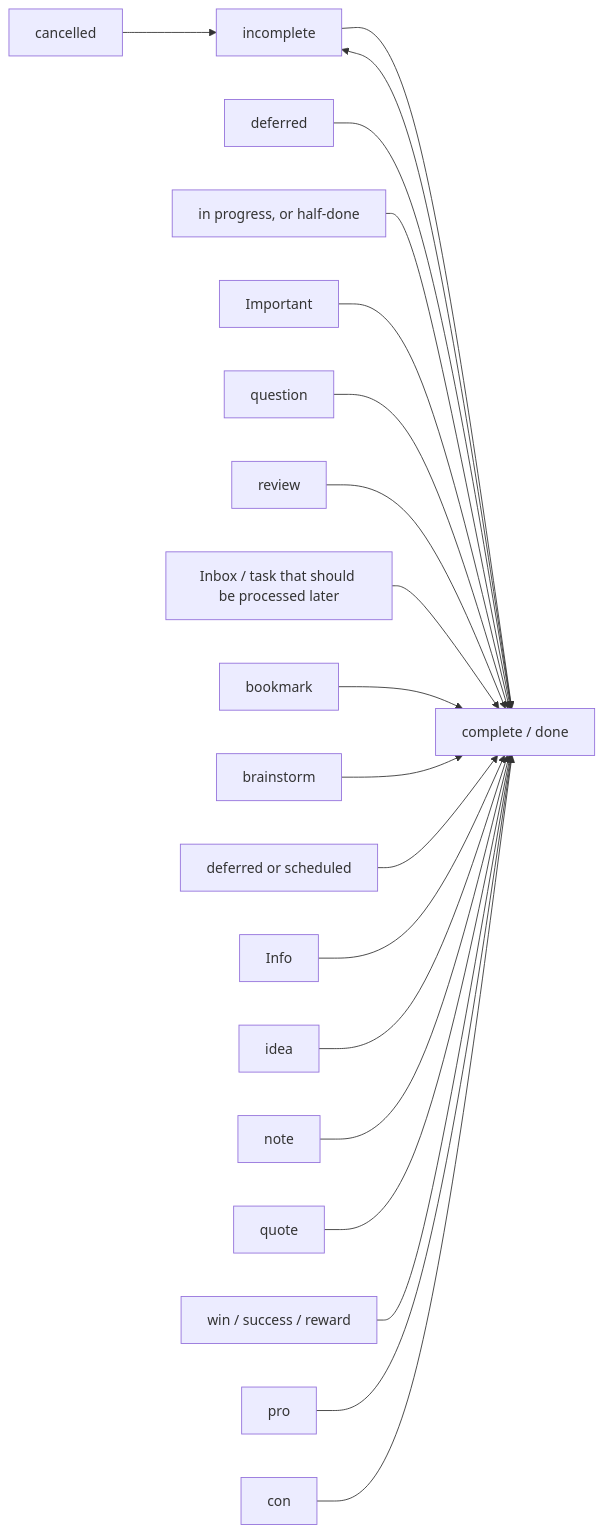
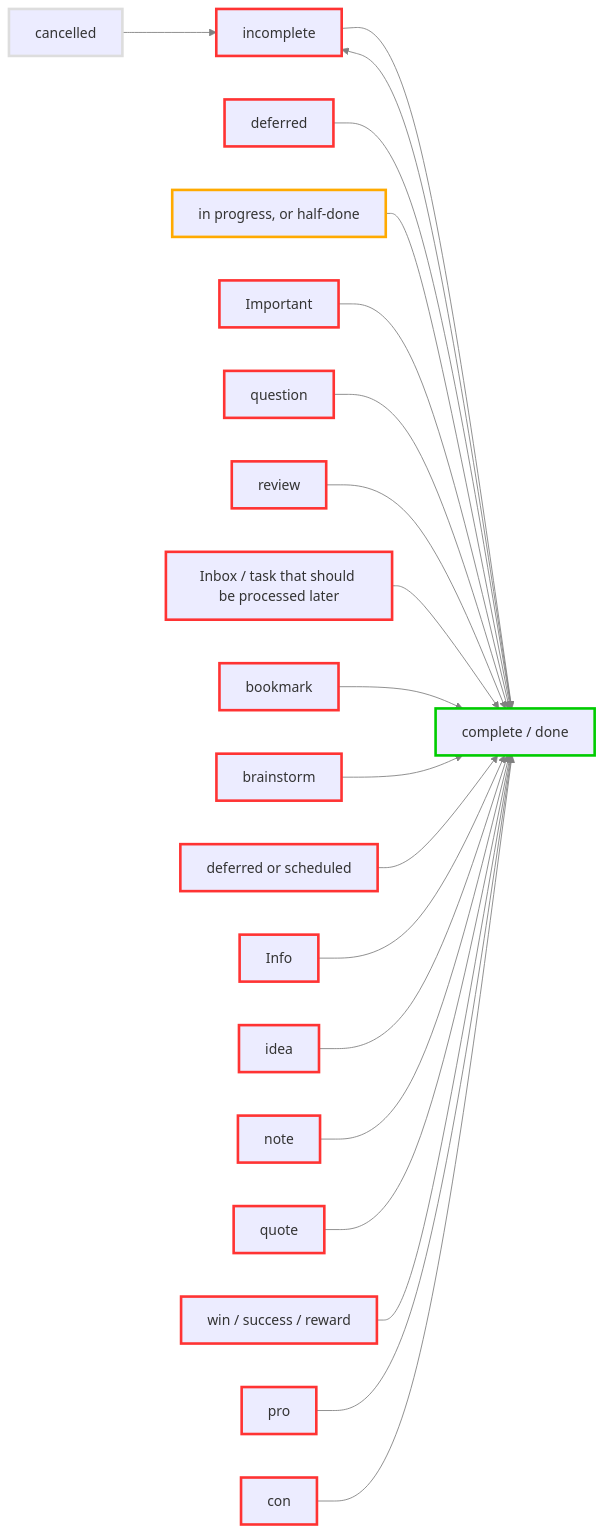
Before and after one commit to obsidian-tasks-group/obsidian-tasks: the diagram in tests/DocumentationSamples/DocsSamplesForStatuses.test.Theme_Aura_Table.approved.mermaid.md, drawn with Mermaid. The commit also changed 19 other files, not shown here.

Commit message:
feat: Show Status Type as coloured edges in Status Diagrams

````diff
--- a/tests/DocumentationSamples/DocsSamplesForStatuses.test.Theme_Aura_Table.approved.mermaid.md
+++ b/tests/DocumentationSamples/DocsSamplesForStatuses.test.Theme_Aura_Table.approved.mermaid.md
@@ -2,41 +2,50 @@
 ```mermaid
 flowchart LR
-1["incomplete"]
-2["complete / done"]
-3["cancelled"]
-4["deferred"]
-5["in progress, or half-done"]
-6["Important"]
-7["question"]
-8["review"]
-9["Inbox / task that should be processed later"]
-10["bookmark"]
-11["brainstorm"]
-12["deferred or scheduled"]
-13["Info"]
-14["idea"]
-15["note"]
-16["quote"]
-17["win / success / reward"]
-18["pro"]
-19["con"]
+
+classDef TODO        stroke:#f33,stroke-width:3px;
+classDef DONE        stroke:#0c0,stroke-width:3px;
+classDef IN_PROGRESS stroke:#fa0,stroke-width:3px;
+classDef CANCELLED   stroke:#ddd,stroke-width:3px;
+classDef NON_TASK    stroke:#99e,stroke-width:3px;
+
+1["incomplete"]:::TODO
+2["complete / done"]:::DONE
+3["cancelled"]:::CANCELLED
+4["deferred"]:::TODO
+5["in progress, or half-done"]:::IN_PROGRESS
+6["Important"]:::TODO
+7["question"]:::TODO
+8["review"]:::TODO
+9["Inbox / task that should be processed later"]:::TODO
+10["bookmark"]:::TODO
+11["brainstorm"]:::TODO
+12["deferred or scheduled"]:::TODO
+13["Info"]:::TODO
+14["idea"]:::TODO
+15["note"]:::TODO
+16["quote"]:::TODO
+17["win / success / reward"]:::TODO
+18["pro"]:::TODO
+19["con"]:::TODO
 1 --> 2
 2 --> 1
 3 --> 1
 4 --> 2
 5 --> 2
 6 --> 2
 7 --> 2
 8 --> 2
 9 --> 2
 10 --> 2
 11 --> 2
 12 --> 2
 13 --> 2
 14 --> 2
 15 --> 2
 16 --> 2
 17 --> 2
 18 --> 2
 19 --> 2
+
+linkStyle default stroke:gray
 ```
````
